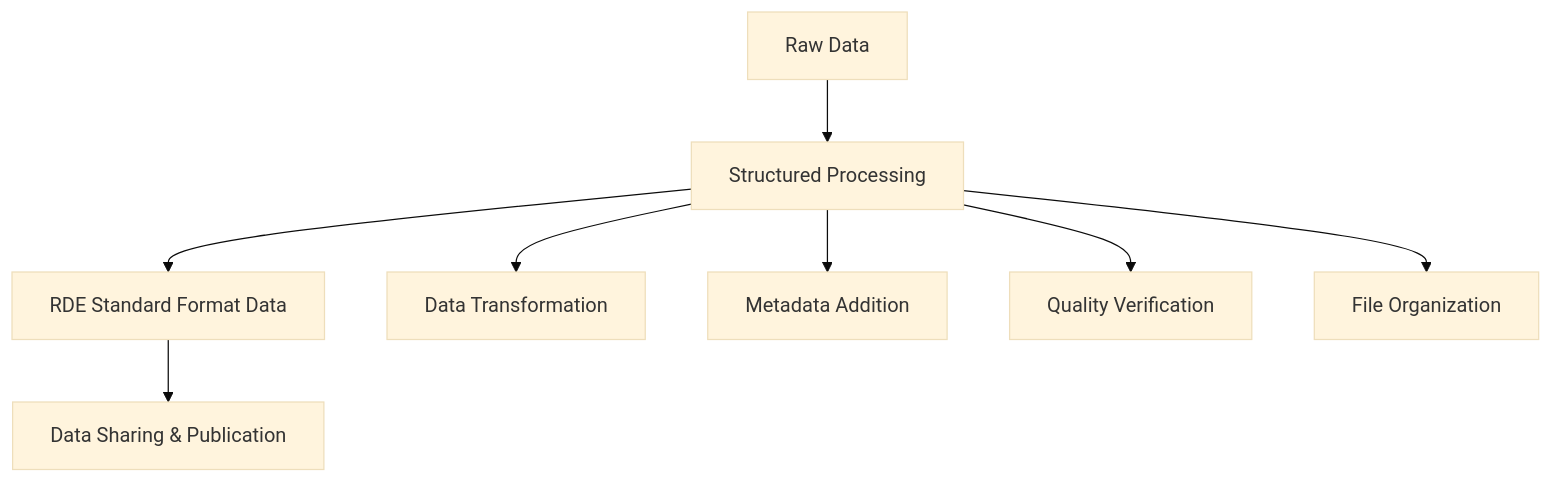
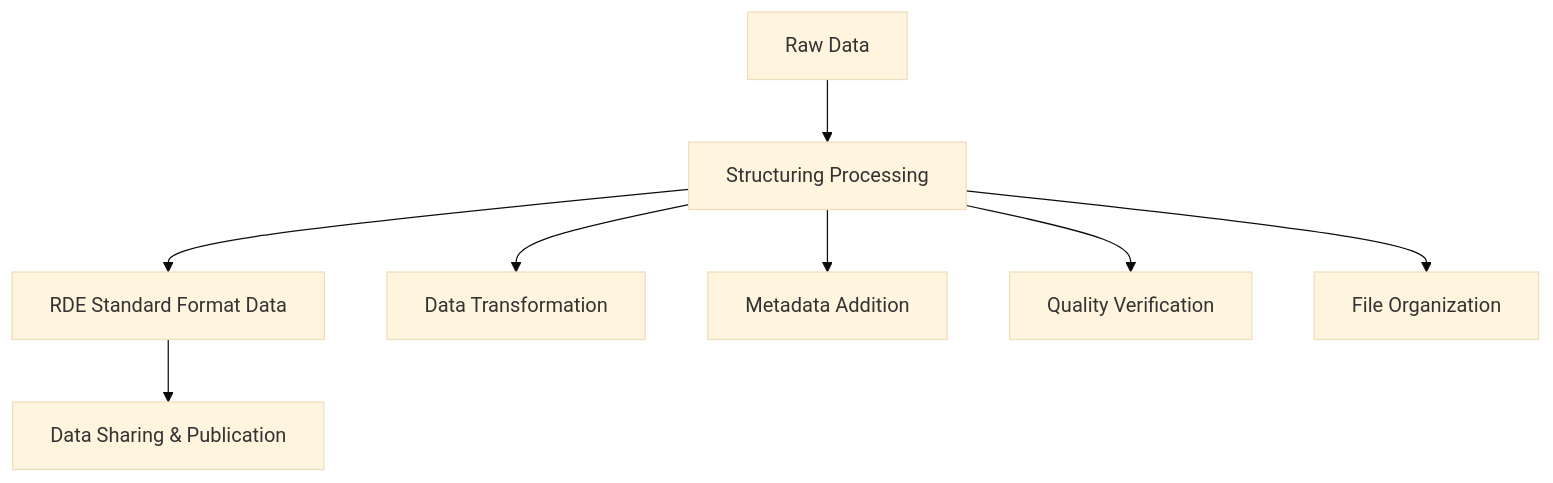
One commit to nims-mdpf/rdetoolkit changed the first of 3 diagrams in docs/user-guide/structured-processing.en.md. Above: the diagram before and after it, drawn with Mermaid (base theme). The commit also changed other lines of this file and 40 other files, not shown here.

Commit message:
Rename "Structured Processing" to "Structuring Processing" throughout docs

````diff
--- a/docs/user-guide/structured-processing.en.md
+++ b/docs/user-guide/structured-processing.en.md
@@ -28,11 +28,11 @@
 ```mermaid
 graph TD
-    A[Raw Data] --> B[Structured Processing]
+    A[Raw Data] --> B[Structuring Processing]
     B --> C[RDE Standard Format Data]
     C --> D[Data Sharing & Publication]
-    
+
     B --> B1[Data Transformation]
     B --> B2[Metadata Addition]
     B --> B3[Quality Verification]
     B --> B4[File Organization]
 ```
````
